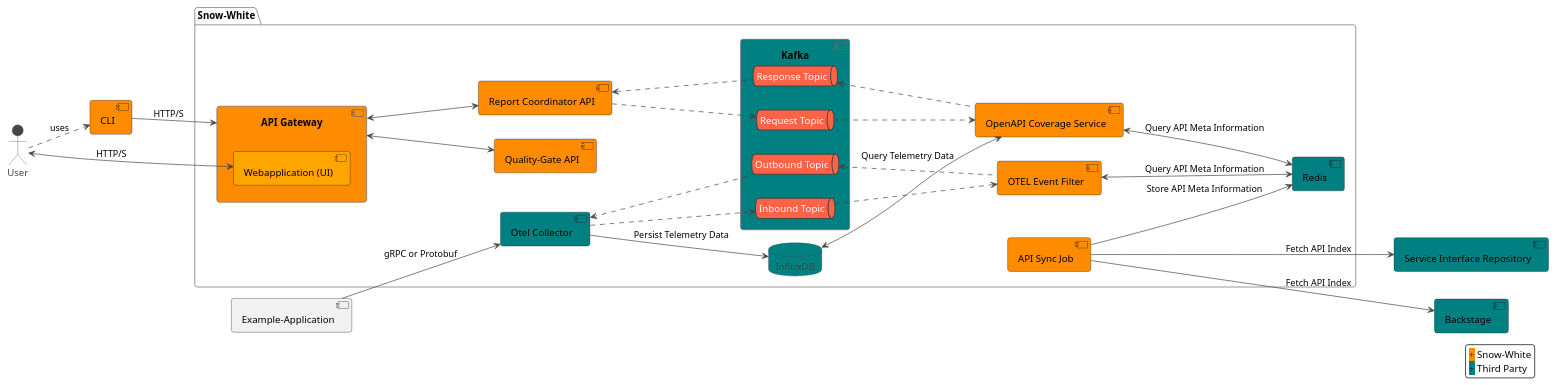
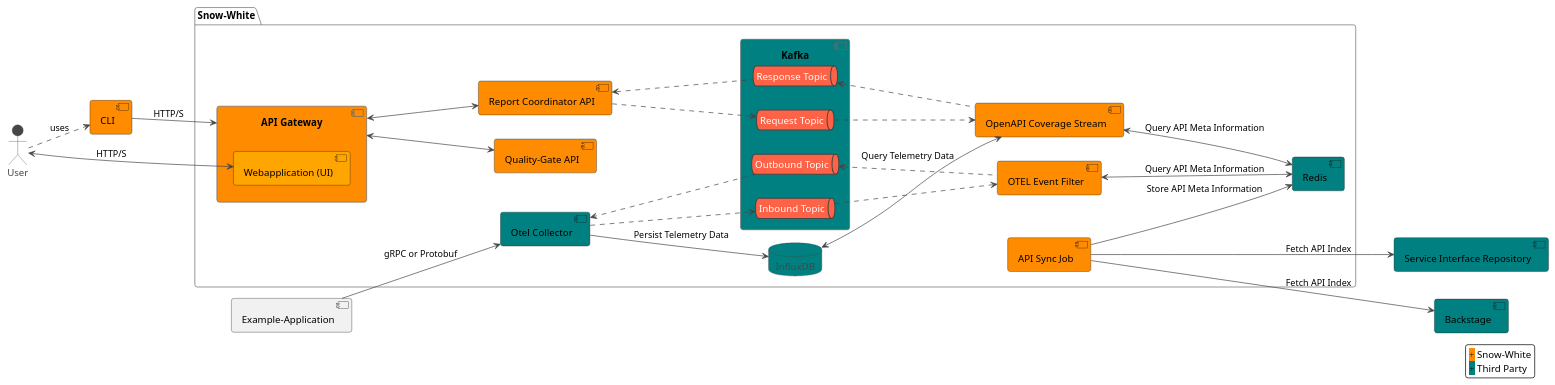
One commit to bbortt/snow-white changed the diagram in DEVELOPMENT.md. Above: the diagram before and after it, drawn with PlantUML. The commit also changed other lines of this file and 127 other files, not shown here.

Commit message:
feat(openapi-coverage-stream): rename kafka stream from openapi-coverage-service

```diff
--- a/DEVELOPMENT.md
+++ b/DEVELOPMENT.md
@@ -83,7 +83,7 @@
 
     component "API Sync Job" as sync #Darkorange
     component "OTEL Event Filter" as filter #Darkorange
-    component "OpenAPI Coverage Service" as coverage #Darkorange
+    component "OpenAPI Coverage Stream" as coverage #Darkorange
     component "Quality-Gate API" as qgate #Darkorange
     component "Report Coordinator API" as coordinator #Darkorange
 
@@ -142,7 +142,7 @@
 coordinator .down.> request
 response .up.> coordinator
 
-' OpenAPI Coverage Service
+' OpenAPI Coverage Stream
 
 request .down.> coverage
 coverage <--> redis: Query API Meta Information
```
